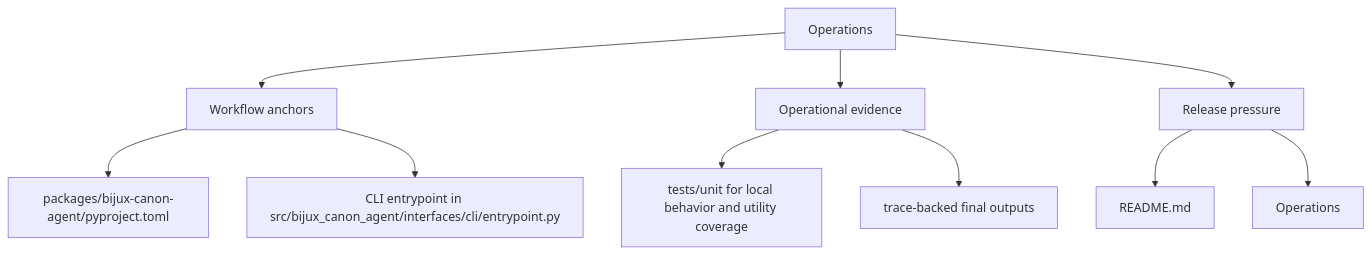
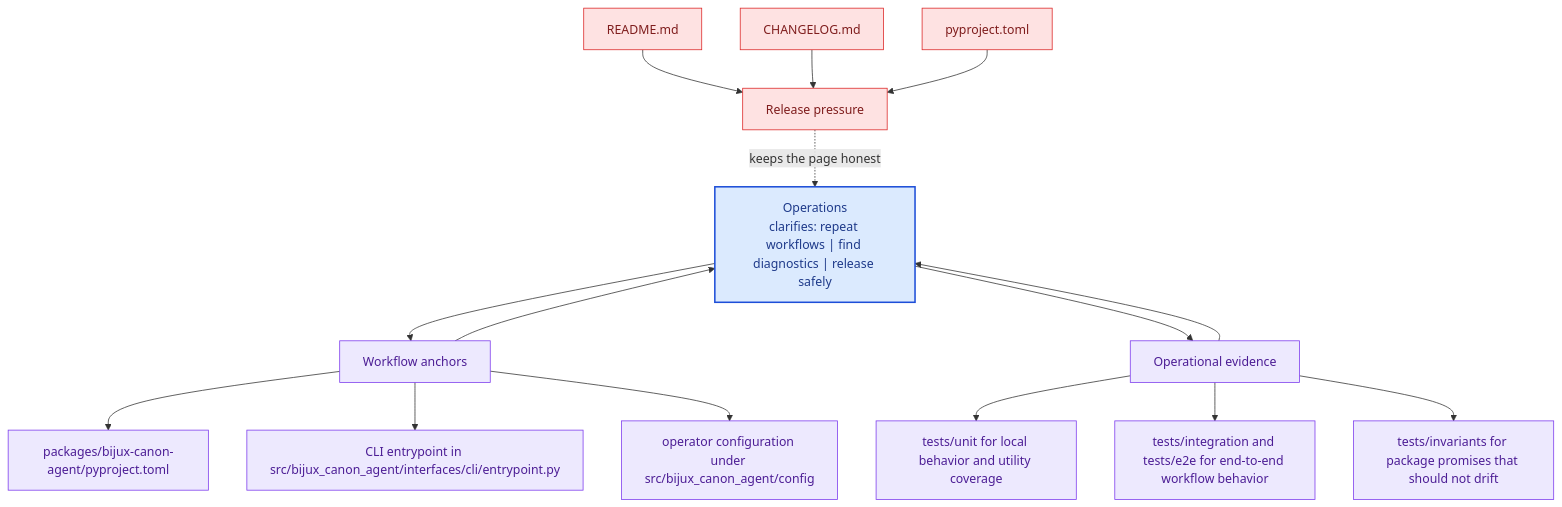
Before and after one commit to bijux/bijux-canon: the second of 2 diagrams in docs/bijux-canon-agent/operations/index.md, drawn with Mermaid. The commit also changed other lines of this file and 281 other files, not shown here.

Commit message:
docs(diagrams): deepen handbook mermaid maps across the catalog

````diff
--- a/docs/bijux-canon-agent/operations/index.md
+++ b/docs/bijux-canon-agent/operations/index.md
@@ -32,22 +65,41 @@
 ```mermaid
-flowchart TD
-    page["Operations"]
+flowchart TB
+    promise["Operations<br/>clarifies: repeat workflows | find diagnostics | release safely"]
+    classDef promise fill:#dbeafe,stroke:#1d4ed8,color:#1e3a8a,stroke-width:2px;
+    classDef driver fill:#dcfce7,stroke:#16a34a,color:#14532d;
+    classDef constraint fill:#fee2e2,stroke:#dc2626,color:#7f1d1d;
+    classDef ground fill:#ede9fe,stroke:#7c3aed,color:#4c1d95;
     focus1["Workflow anchors"]
-    page --> focus1
+    focus1 --> promise
+    promise --> focus1
     focus1_1["packages/bijux-canon-agent/pyproject.toml"]
     focus1 --> focus1_1
     focus1_2["CLI entrypoint in src/bijux_canon_agent/interfaces/cli/entrypoint.py"]
     focus1 --> focus1_2
+    focus1_3["operator configuration under src/bijux_canon_agent/config"]
+    focus1 --> focus1_3
+    class focus1 ground;
+    class focus1_1,focus1_2,focus1_3 ground;
     focus2["Operational evidence"]
-    page --> focus2
+    focus2 --> promise
+    promise --> focus2
     focus2_1["tests/unit for local behavior and utility coverage"]
     focus2 --> focus2_1
-    focus2_2["trace-backed final outputs"]
+    focus2_2["tests/integration and tests/e2e for end-to-end workflow behavior"]
     focus2 --> focus2_2
+    focus2_3["tests/invariants for package promises that should not drift"]
+    focus2 --> focus2_3
+    class focus2 ground;
+    class focus2_1,focus2_2,focus2_3 ground;
     focus3["Release pressure"]
-    page --> focus3
+    focus3 -.keeps the page honest.-> promise
     focus3_1["README.md"]
-    focus3 --> focus3_1
-    focus3_2["Operations"]
-    focus3 --> focus3_2
+    focus3_1 --> focus3
+    focus3_2["CHANGELOG.md"]
+    focus3_2 --> focus3
+    focus3_3["pyproject.toml"]
+    focus3_3 --> focus3
+    class focus3 constraint;
+    class focus3_1,focus3_2,focus3_3 constraint;
+    class promise promise;
 ```
````
